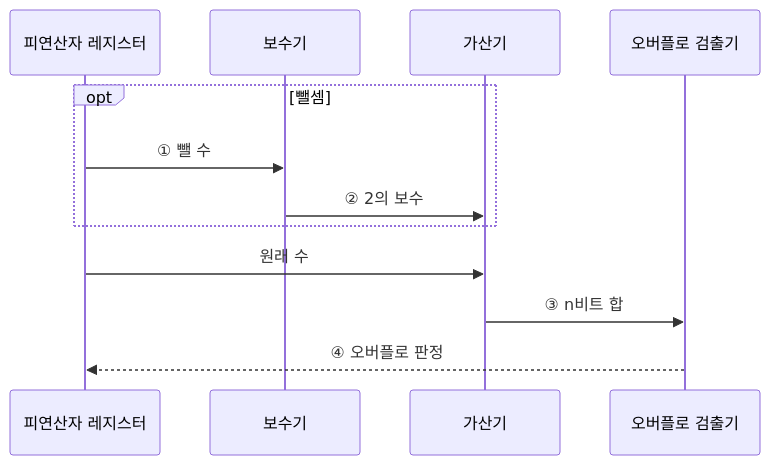
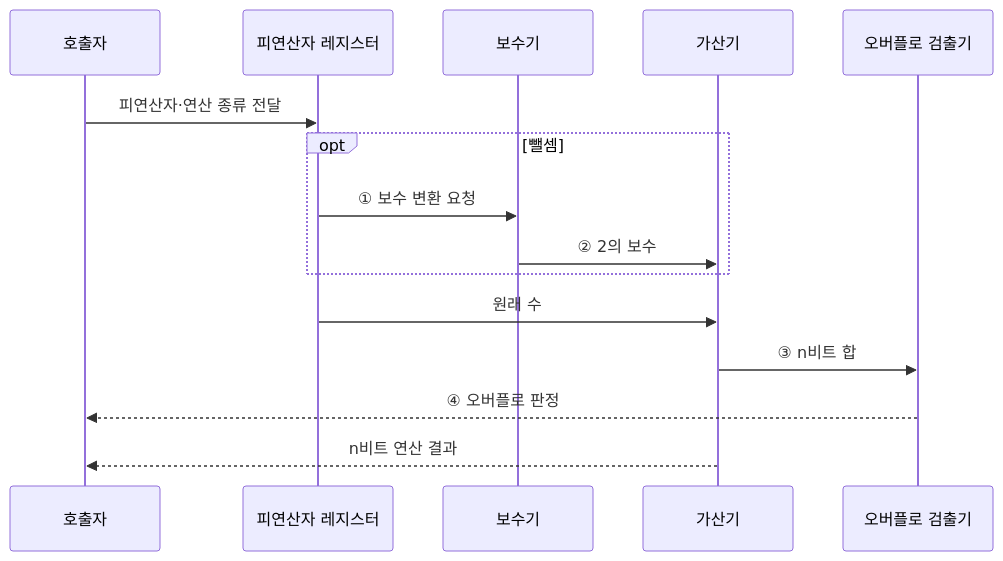
One commit to agnusdei1207/knowledge-base changed the second of 2 diagrams in src/content/docs/notes/01-basic-theory/024_twos_complement.md. Above: the diagram before and after it, drawn with Mermaid. The commit also changed other lines of this file and 20 other files, not shown here.

````diff
--- a/src/content/docs/notes/01-basic-theory/024_twos_complement.md
+++ b/src/content/docs/notes/01-basic-theory/024_twos_complement.md
@@ -79,14 +79,17 @@
 ```mermaid
 sequenceDiagram
+    participant Q as 호출자
     participant R as 피연산자 레지스터
     participant C as 보수기
     participant A as 가산기
     participant V as 오버플로 검출기
+    Q->>R: 피연산자·연산 종류 전달
     opt 뺄셈
-        R->>C: ① 뺄 수
+        R->>C: ① 보수 변환 요청
         C->>A: ② 2의 보수
     end
     R->>A: 원래 수
     A->>V: ③ n비트 합
-    V-->>R: ④ 오버플로 판정
+    V-->>Q: ④ 오버플로 판정
+    A-->>Q: n비트 연산 결과
 ```
````
